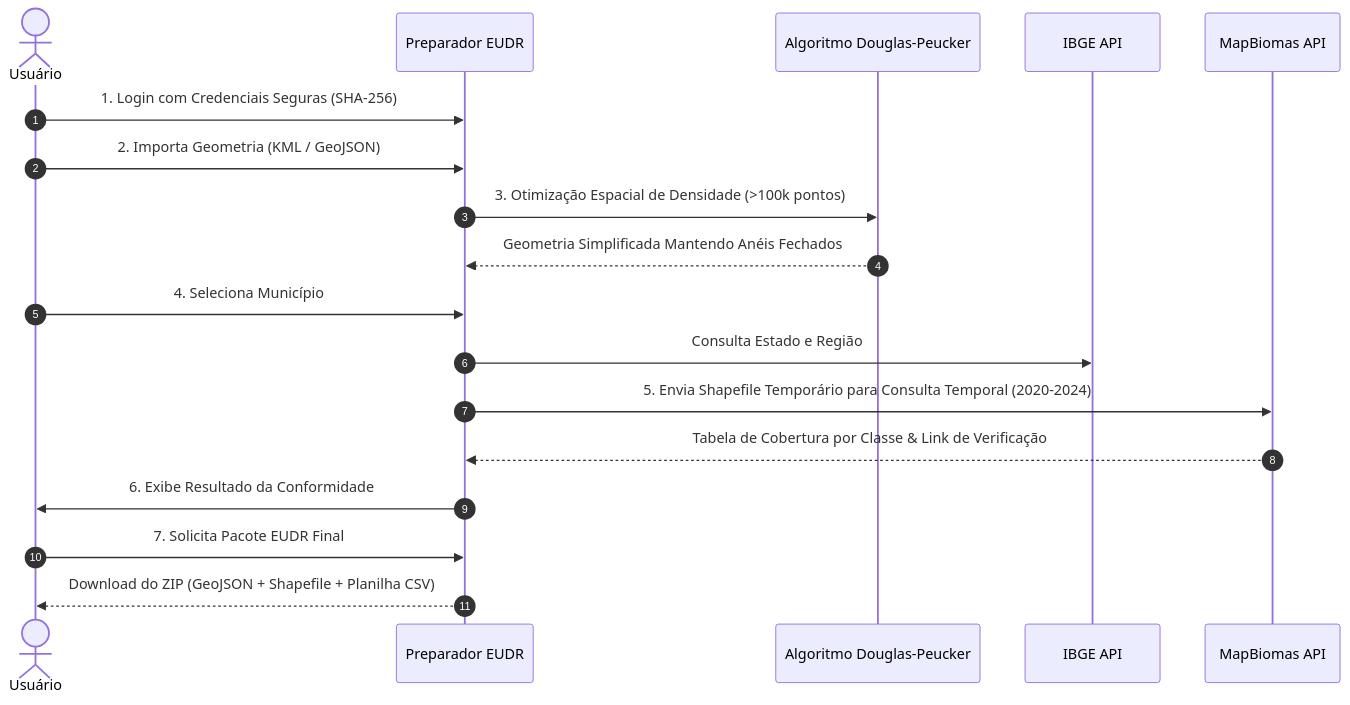
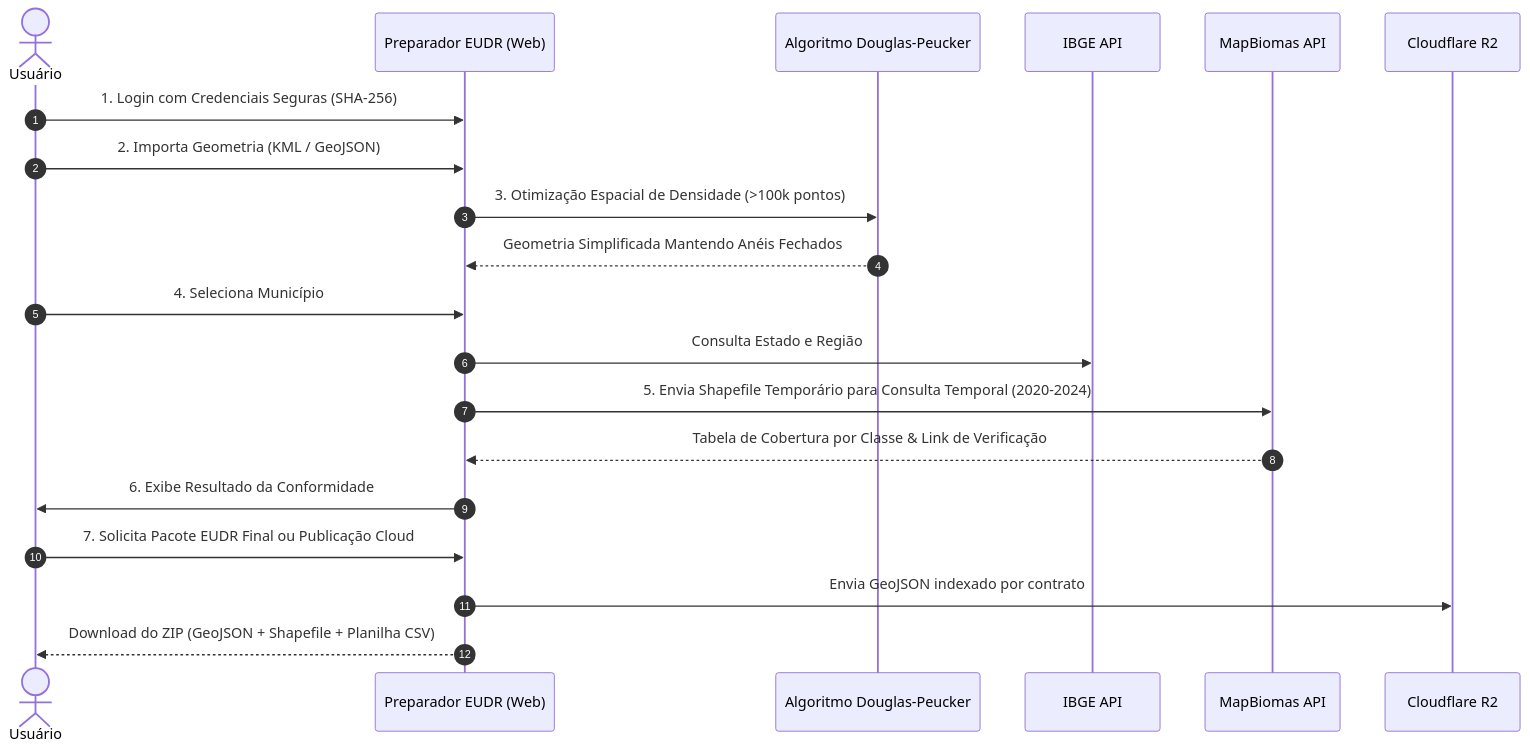
Before and after one commit to joaomatos-faf/EUDRFAF: the second of 2 diagrams in README.md, drawn with Mermaid. The commit also changed other lines of this file and 8 other files, not shown here.

````diff
--- a/README.md
+++ b/README.md
@@ -38,21 +42,23 @@
 ```mermaid
 sequenceDiagram
     autonumber
     actor Usuário
-    participant App as Preparador EUDR
+    participant App as Preparador EUDR (Web)
     participant RDP as Algoritmo Douglas-Peucker
     participant IBGE as IBGE API
     participant MB as MapBiomas API
+    participant R2 as Cloudflare R2
 
     Usuário->>App: 1. Login com Credenciais Seguras (SHA-256)
     Usuário->>App: 2. Importa Geometria (KML / GeoJSON)
     App->>RDP: 3. Otimização Espacial de Densidade (>100k pontos)
     RDP-->>App: Geometria Simplificada Mantendo Anéis Fechados
     Usuário->>App: 4. Seleciona Município
     App->>IBGE: Consulta Estado e Região
     App->>MB: 5. Envia Shapefile Temporário para Consulta Temporal (2020-2024)
     MB-->>App: Tabela de Cobertura por Classe & Link de Verificação
     App->>Usuário: 6. Exibe Resultado da Conformidade
-    Usuário->>App: 7. Solicita Pacote EUDR Final
+    Usuário->>App: 7. Solicita Pacote EUDR Final ou Publicação Cloud
+    App->>R2: Envia GeoJSON indexado por contrato
     App-->>Usuário: Download do ZIP (GeoJSON + Shapefile + Planilha CSV)
 ```
````
